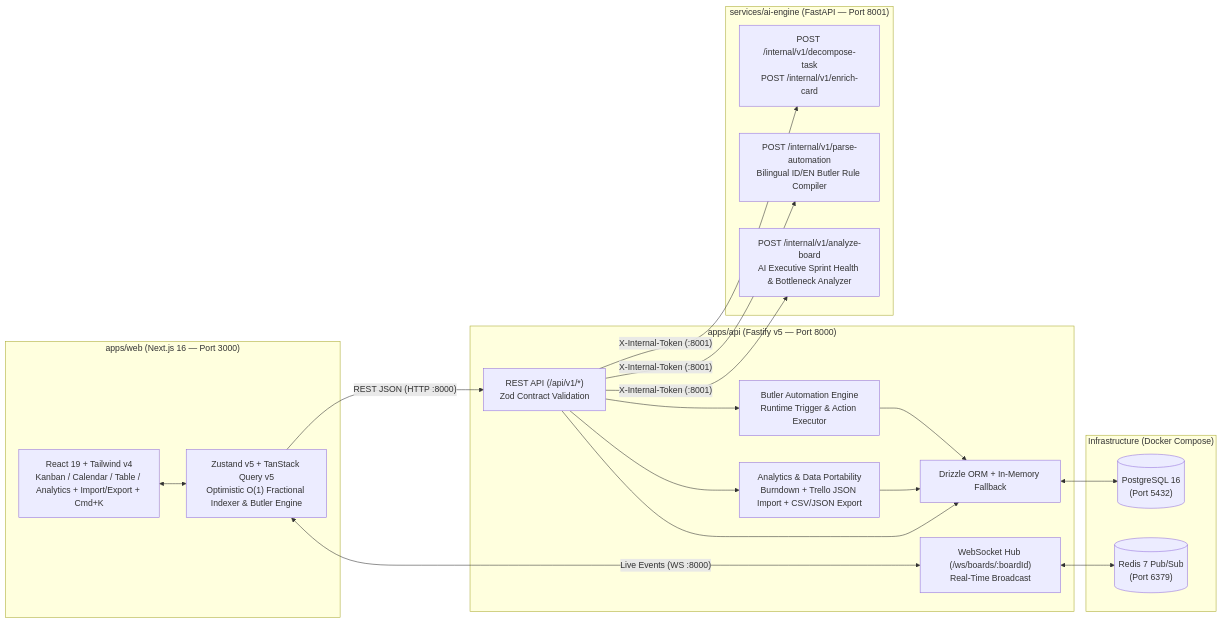
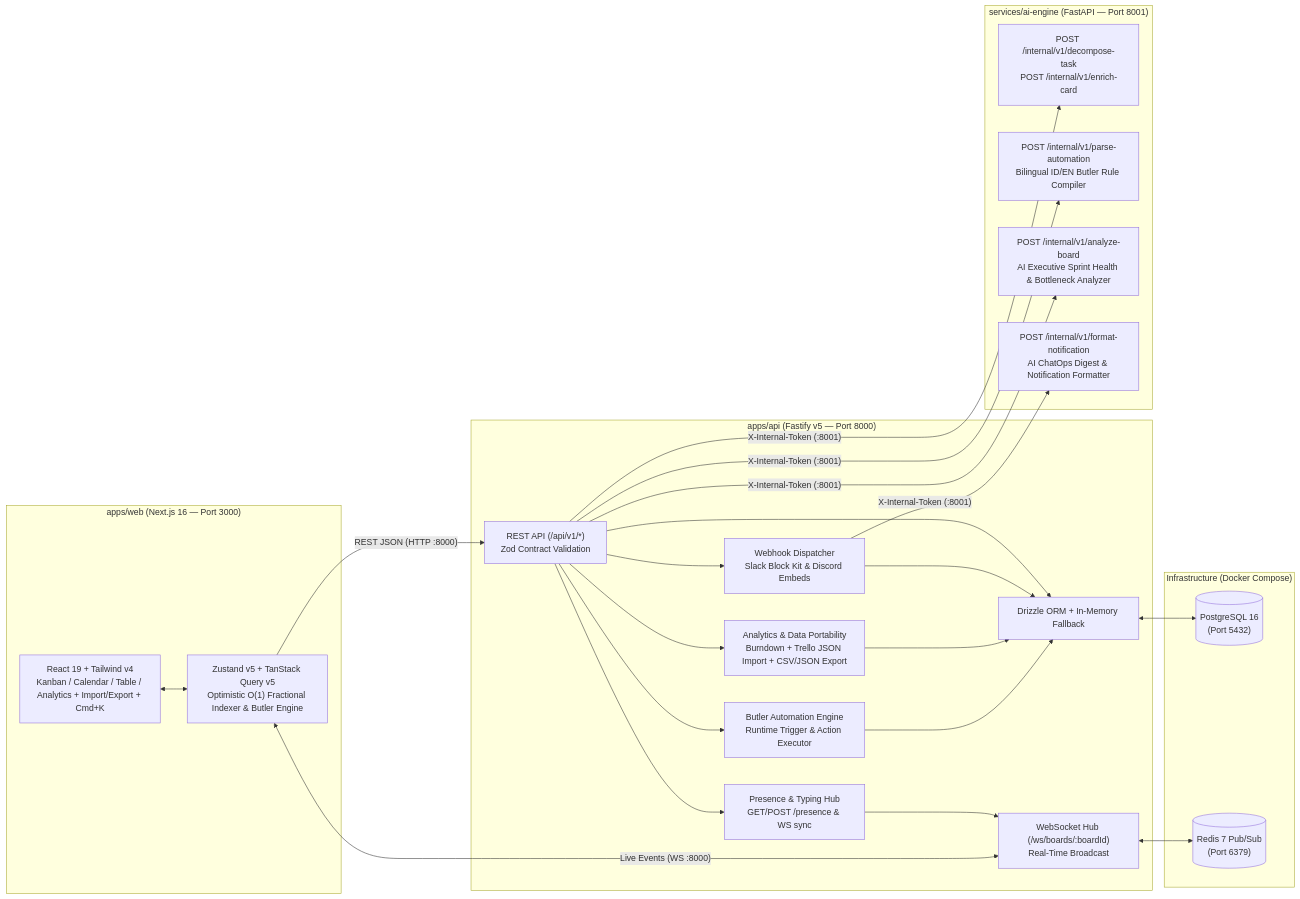
Before and after one commit to DimasNuryadin/kanbanify: the diagram in README.md, drawn with Mermaid. The commit also changed other lines of this file and 10 other files, not shown here.

````diff
--- a/README.md
+++ b/README.md
@@ -11,40 +11,48 @@
 ```mermaid
 flowchart LR
     subgraph Client ["apps/web (Next.js 16 — Port 3000)"]
         UI["React 19 + Tailwind v4\nKanban / Calendar / Table / Analytics + Import/Export + Cmd+K"]
         Store["Zustand v5 + TanStack Query v5\nOptimistic O(1) Fractional Indexer & Butler Engine"]
     end
 
     subgraph CoreAPI ["apps/api (Fastify v5 — Port 8000)"]
         REST["REST API (/api/v1/*)\nZod Contract Validation"]
         Butler["Butler Automation Engine\nRuntime Trigger & Action Executor"]
         Analytics["Analytics & Data Portability\nBurndown + Trello JSON Import + CSV/JSON Export"]
+        Presence["Presence & Typing Hub\nGET/POST /presence & WS sync"]
+        Webhook["Webhook Dispatcher\nSlack Block Kit & Discord Embeds"]
         WS["WebSocket Hub (/ws/boards/:boardId)\nReal-Time Broadcast"]
         Repo["Drizzle ORM + In-Memory Fallback"]
     end
 
     subgraph AIEngine ["services/ai-engine (FastAPI — Port 8001)"]
         Decomposer["POST /internal/v1/decompose-task\nPOST /internal/v1/enrich-card"]
         RuleParser["POST /internal/v1/parse-automation\nBilingual ID/EN Butler Rule Compiler"]
         BoardAnalyzer["POST /internal/v1/analyze-board\nAI Executive Sprint Health & Bottleneck Analyzer"]
+        Formatter["POST /internal/v1/format-notification\nAI ChatOps Digest & Notification Formatter"]
     end
 
     subgraph Infra ["Infrastructure (Docker Compose)"]
         PG[("PostgreSQL 16\n(Port 5432)")]
         RD[("Redis 7 Pub/Sub\n(Port 6379)")]
     end
 
     UI <--> Store
     Store -- "REST JSON (HTTP :8000)" --> REST
     Store <-- "Live Events (WS :8000)" --> WS
     REST --> Butler
     REST --> Analytics
+    REST --> Presence
+    REST --> Webhook
     Butler --> Repo
     Analytics --> Repo
+    Presence --> WS
+    Webhook --> Repo
     REST --> Repo
     Repo <--> PG
     WS <--> RD
     REST -- "X-Internal-Token (:8001)" --> Decomposer
     REST -- "X-Internal-Token (:8001)" --> RuleParser
     REST -- "X-Internal-Token (:8001)" --> BoardAnalyzer
+    Webhook -- "X-Internal-Token (:8001)" --> Formatter
 ```
````
